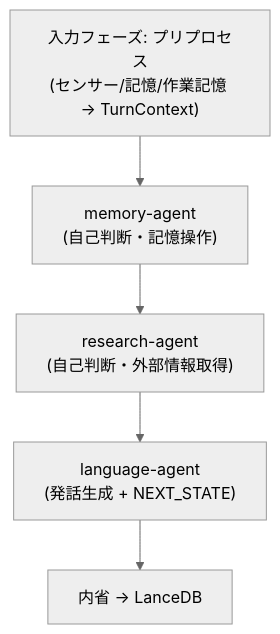
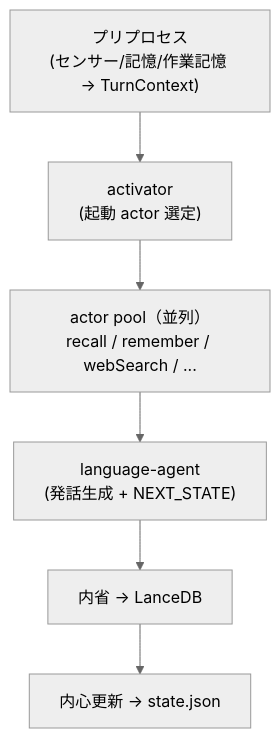
One commit to haruneko/local-bot changed the diagram in docs/ACTION-DESIGN.md. Above: the diagram before and after it, drawn with Mermaid (neutral theme). The commit also changed other lines of this file and 29 other files, not shown here.

````diff
--- a/docs/ACTION-DESIGN.md
+++ b/docs/ACTION-DESIGN.md
@@ -42,7 +33,8 @@
 ```mermaid
 flowchart TD
-    Input["入力フェーズ: プリプロセス<br/>(センサー/記憶/作業記憶 → TurnContext)"] --> Mem["memory-agent<br/>(自己判断・記憶操作)"]
-    Mem --> Res["research-agent<br/>(自己判断・外部情報取得)"]
-    Res --> Lang["language-agent<br/>(発話生成 + NEXT_STATE)"]
+    Input["プリプロセス<br/>(センサー/記憶/作業記憶 → TurnContext)"] --> Act["activator<br/>(起動 actor 選定)"]
+    Act --> Pool["actor pool（並列）<br/>recall / remember / webSearch / ..."]
+    Pool --> Lang["language-agent<br/>(発話生成 + NEXT_STATE)"]
     Lang --> Intro["内省 → LanceDB"]
+    Intro --> Inner["内心更新 → state.json"]
 ```
````
